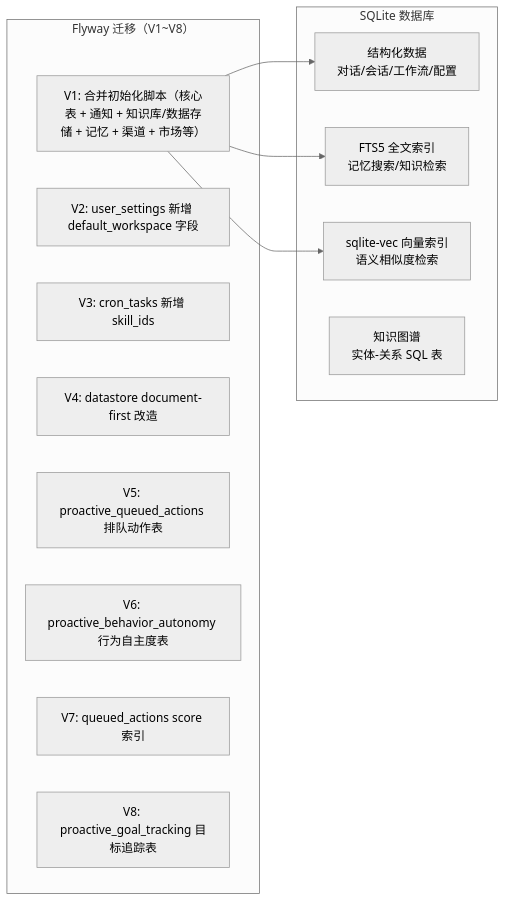
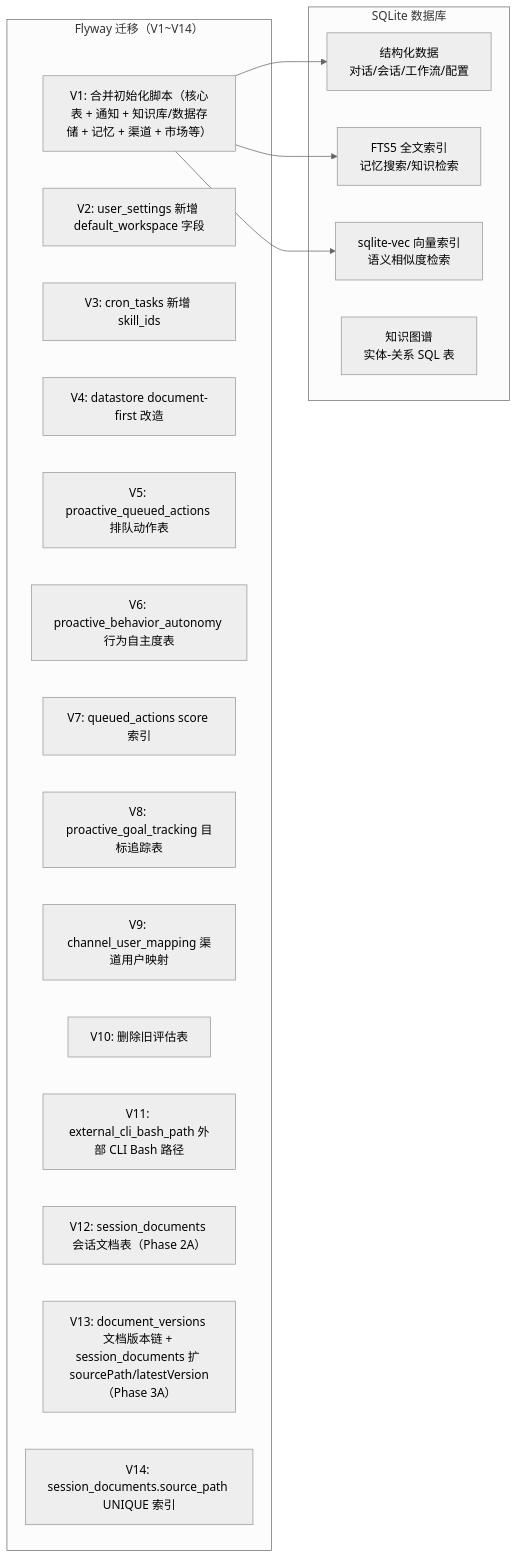
One commit to ntygod/LifePilot changed the third of 4 diagrams in docs/ARCHITECTURE.md. Above: the diagram before and after it, drawn with Mermaid (neutral theme). The commit also changed other lines of this file and 211 other files, not shown here.

First line of the commit message:
feat(document): 文档工作空间 Phase 0 → 3A 全链路（读 + 写 + 改 + diff UI） (#91)

````diff
--- a/docs/ARCHITECTURE.md
+++ b/docs/ARCHITECTURE.md
@@ -184,24 +185,30 @@
 ```mermaid
 graph LR
     subgraph "SQLite 数据库"
         SQL["结构化数据<br/>对话/会话/工作流/配置"]
         FTS["FTS5 全文索引<br/>记忆搜索/知识检索"]
         VEC["sqlite-vec 向量索引<br/>语义相似度检索"]
         GRAPH["知识图谱<br/>实体-关系 SQL 表"]
     end
 
-    subgraph "Flyway 迁移（V1~V8）"
+    subgraph "Flyway 迁移（V1~V14）"
         V1["V1: 合并初始化脚本（核心表 + 通知 + 知识库/数据存储 + 记忆 + 渠道 + 市场等）"]
         V2["V2: user_settings 新增 default_workspace 字段"]
         V3["V3: cron_tasks 新增 skill_ids"]
         V4["V4: datastore document-first 改造"]
         V5["V5: proactive_queued_actions 排队动作表"]
         V6["V6: proactive_behavior_autonomy 行为自主度表"]
         V7["V7: queued_actions score 索引"]
         V8["V8: proactive_goal_tracking 目标追踪表"]
+        V9["V9: channel_user_mapping 渠道用户映射"]
+        V10["V10: 删除旧评估表"]
+        V11["V11: external_cli_bash_path 外部 CLI Bash 路径"]
+        V12["V12: session_documents 会话文档表（Phase 2A）"]
+        V13["V13: document_versions 文档版本链 + session_documents 扩 sourcePath/latestVersion（Phase 3A）"]
+        V14["V14: session_documents.source_path UNIQUE 索引"]
     end
 
     V1 --> SQL
     V1 --> FTS
     V1 --> VEC
 ```
````
